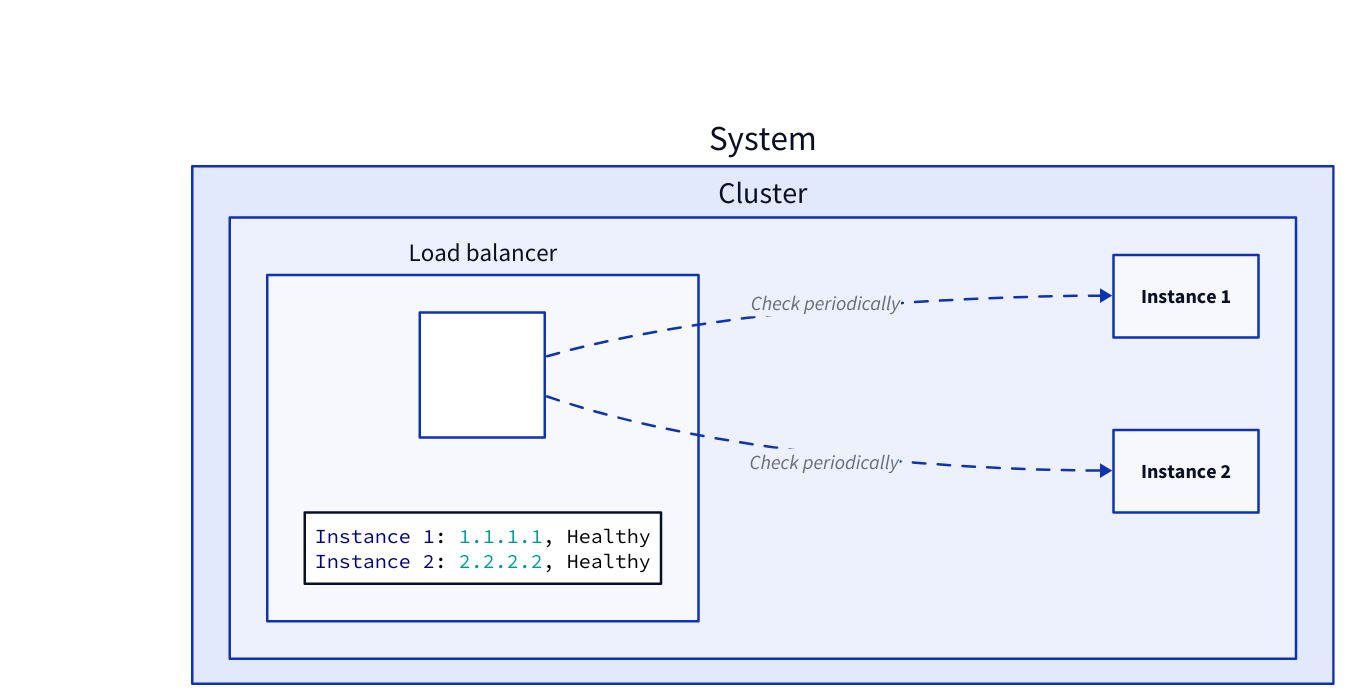
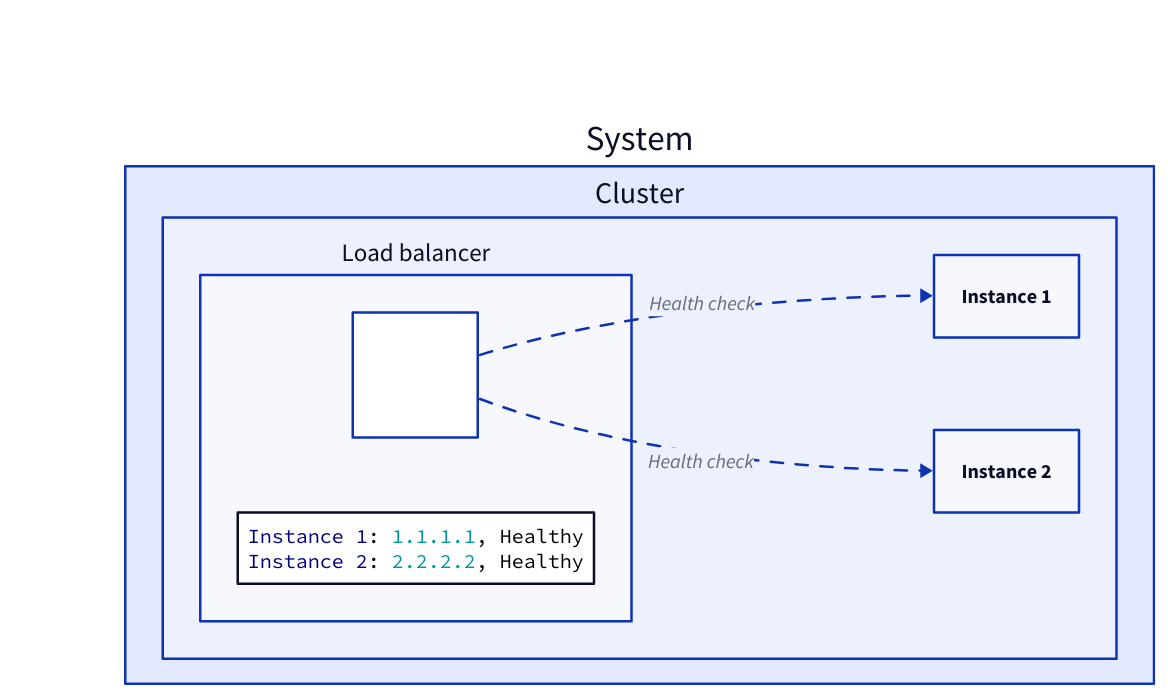
One commit to link1905/system-design-101 changed the fifth of 20 diagrams in content/docs/web-service/load-balancer.md. Above: the diagram before and after it, drawn with D2. The commit also changed other lines of this file and 10 other files, not shown here.

````diff
--- a/content/docs/web-service/load-balancer.md
+++ b/content/docs/web-service/load-balancer.md
@@ -140,28 +152,28 @@
 ```d2
 direction: right
 system: System {
   s: Cluster {
     lb: Load balancer {
       lb: "" {
         class: lb
       }
       r: |||yaml
       Instance 1: 1.1.1.1, Healthy
       Instance 2: 2.2.2.2, Healthy
       |||
     }
     s1: Instance 1 {
       class: server
     }
     s2: Instance 2 {
       class: server
     }
-    lb.lb -> s1: Check periodically {
+    lb.lb -> s1: Health check {
       style.animated: true
     }
-    lb.lb -> s2: Check periodically {
+    lb.lb -> s2: Health check {
       style.animated: true
     }
   }
 }
 ```
````
